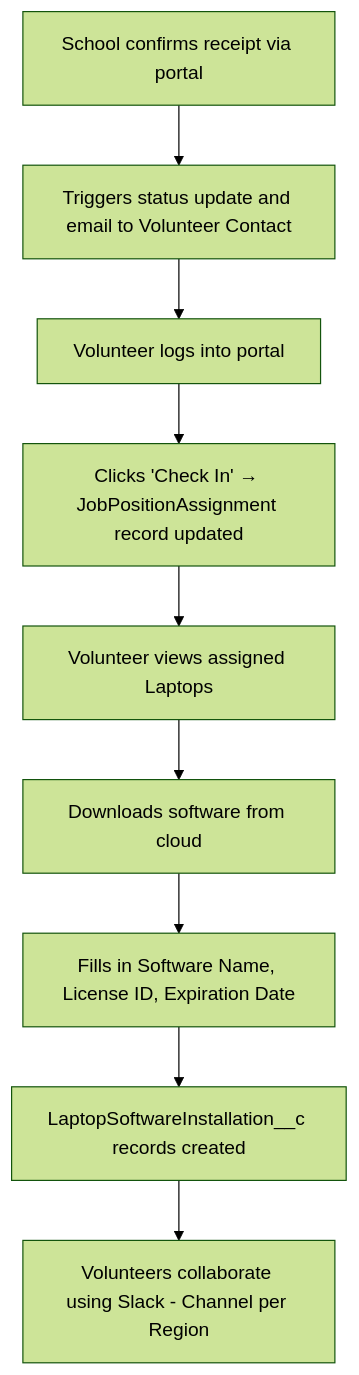
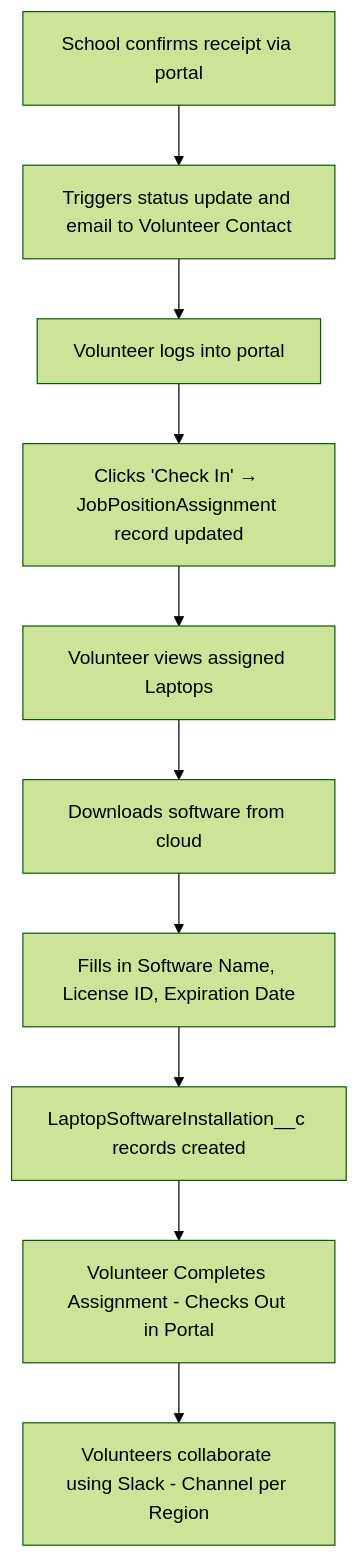
Before and after one commit to matthew-zolp/Laptops2Schools: the diagram in BusinessProcessFlowDiagrams/L2S_Volunteer_Event.md, drawn with Mermaid (forest theme).

````diff
--- a/BusinessProcessFlowDiagrams/L2S_Volunteer_Event.md
+++ b/BusinessProcessFlowDiagrams/L2S_Volunteer_Event.md
@@ -1,16 +1,17 @@
 ```mermaid
 flowchart TD
   A1[School confirms receipt via portal]
   A2[Triggers status update and email to Volunteer Contact]
   A3[Volunteer logs into portal]
   A4[Clicks 'Check In' → JobPositionAssignment record updated]
 
   B1[Volunteer views assigned Laptops]
   B2[Downloads software from cloud]
   B3[Fills in Software Name, License ID, Expiration Date]
   B4[LaptopSoftwareInstallation__c records created]
+  B5[Volunteer Completes Assignment - Checks Out in Portal]
 
   C1[Volunteers collaborate using Slack - Channel per Region]
 
-  A1 --> A2 --> A3 --> A4 --> B1 --> B2 --> B3 --> B4 --> C1
+  A1 --> A2 --> A3 --> A4 --> B1 --> B2 --> B3 --> B4 --> B5 --> C1
   ```
````
